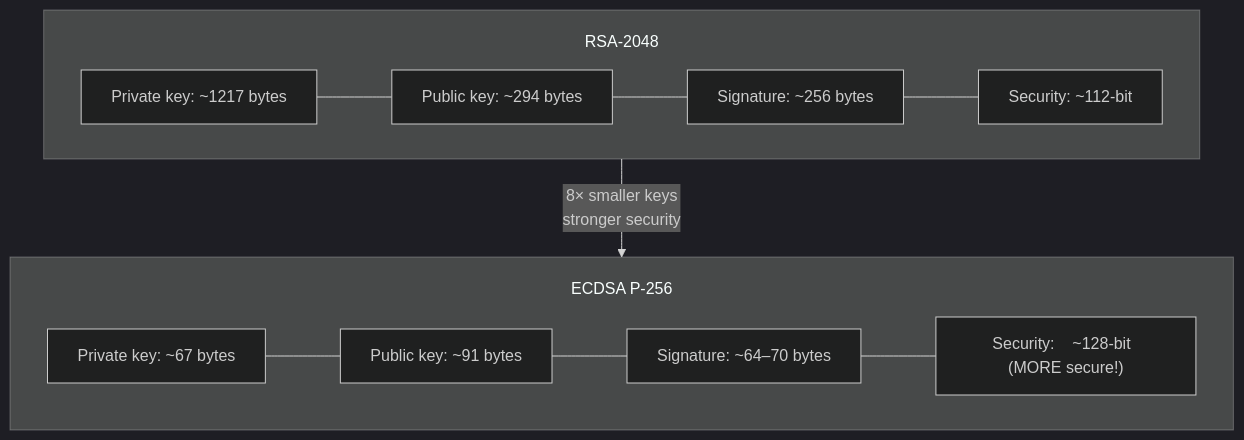
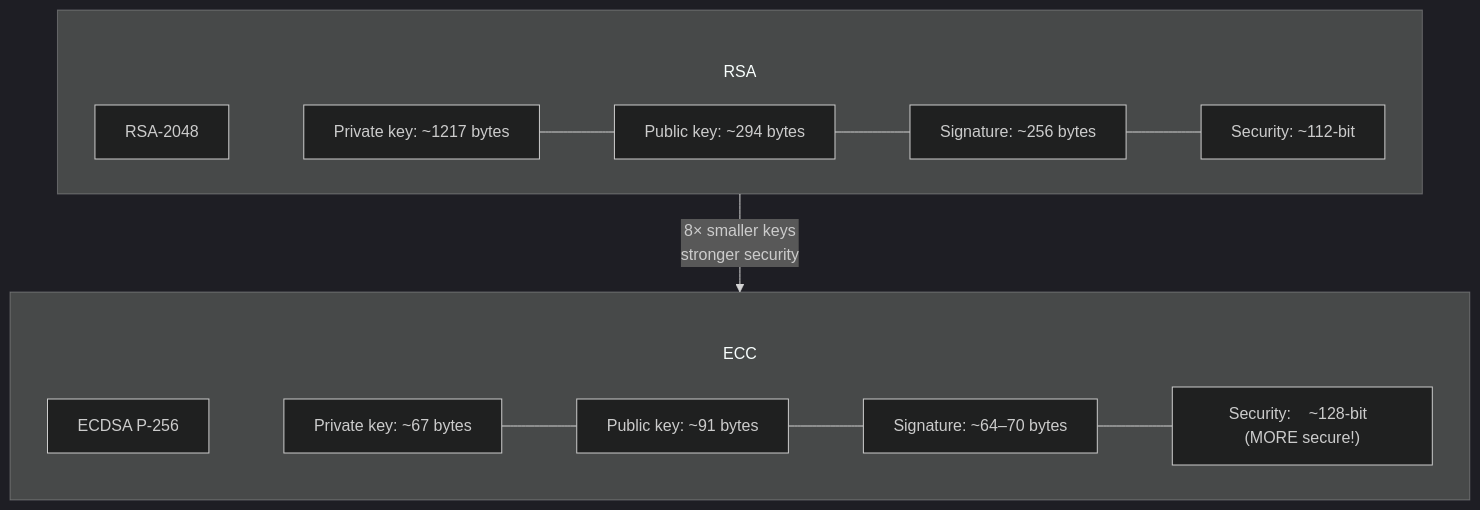
Before and after one commit to csoares/SecurityJava: the second of 4 diagrams in src/main/java/security/ecc/README.md, drawn with Mermaid (dark theme). The commit also changed other lines of this file and 11 other files, not shown here.

Commit message:
Fix Mermaid subgraph title overlap by moving labels into title nodes Replace subgraph label syntax (which overlaps first node) with explicit title nodes inside each subgraph, connected via invisible edges (~~~). Also increase subGraphTitleMargin top padding from 20 to 50 for extra space.

````diff
--- a/src/main/java/security/ecc/README.md
+++ b/src/main/java/security/ecc/README.md
@@ -45,21 +49,25 @@
 ```mermaid
-%%{init: {'flowchart': {'subGraphTitleMargin': {'top': 20, 'bottom': 5}}}}%%
+%%{init: {'flowchart': {'subGraphTitleMargin': {'top': 50, 'bottom': 10}}}}%%
 flowchart TD
-    subgraph RSA ["RSA-2048"]
+    subgraph RSA
+        T_RSA["RSA-2048"]
+        T_RSA ~~~ R1
         R1["Private key: ~1217 bytes"]
         R2["Public key:  ~294 bytes"]
         R3["Signature:   ~256 bytes"]
         R4["Security:    ~112-bit"]
         R1 --- R2 --- R3 --- R4
     end
 
-    subgraph ECC ["ECDSA P-256"]
+    subgraph ECC
+        T_ECC["ECDSA P-256"]
+        T_ECC ~~~ E1
         E1["Private key: ~67 bytes"]
         E2["Public key:  ~91 bytes"]
         E3["Signature:   ~64–70 bytes"]
         E4["Security:    ~128-bit  (MORE secure!)"]
         E1 --- E2 --- E3 --- E4
     end
 
     RSA -->|"8× smaller keys<br/>stronger security"| ECC
 ```
````
